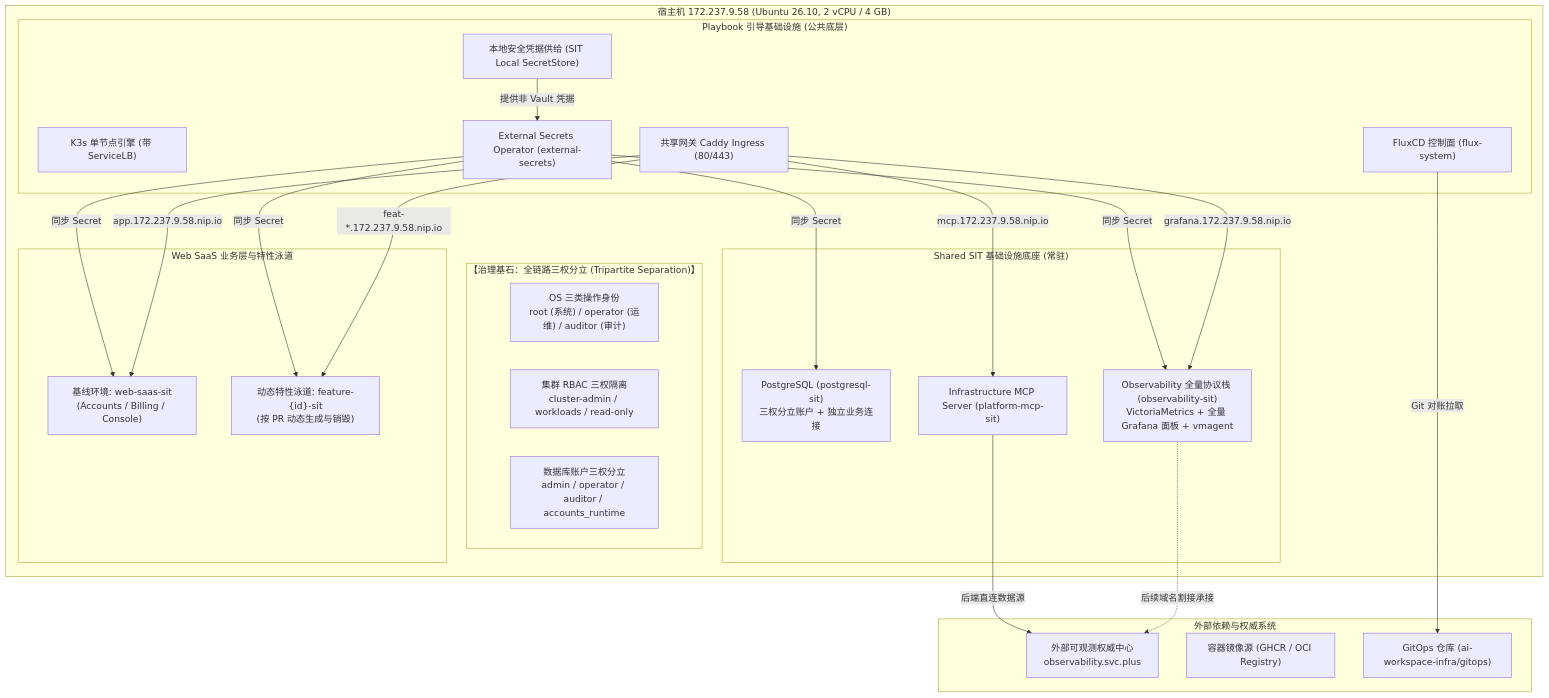
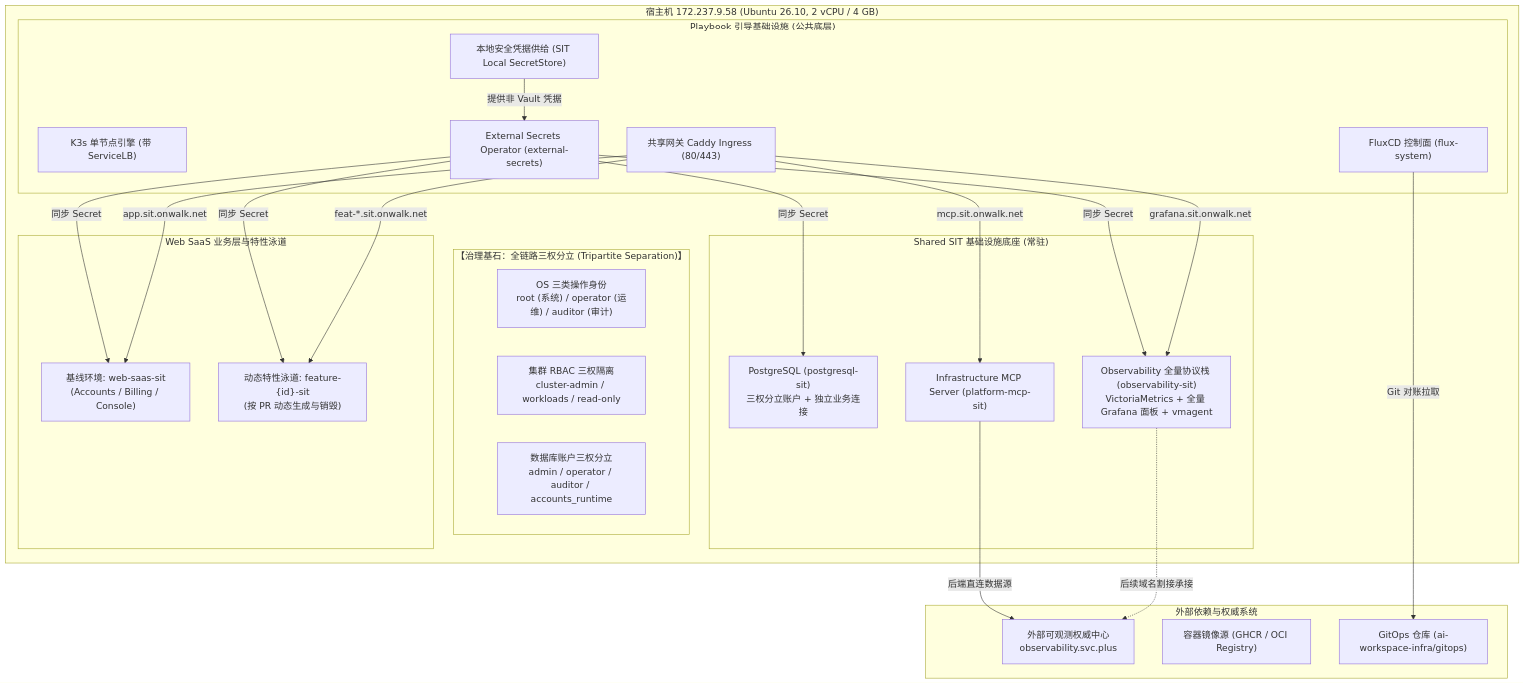
The first of 2 diagrams in docs/reference/platform-delivery/SIT-K3S-V6-模块化交付与特性泳道规划.md (ai-workspace-services/knowledge), drawn with Mermaid before and after one commit. The commit also changed other lines of this file, not shown here.

Commit message:
docs(platform-delivery): update SIT base domain to onwalk.net with nip.io fallback

````diff
--- a/docs/reference/platform-delivery/SIT-K3S-V6-模块化交付与特性泳道规划.md
+++ b/docs/reference/platform-delivery/SIT-K3S-V6-模块化交付与特性泳道规划.md
@@ -101,49 +102,49 @@
 ```mermaid
 flowchart TB
     subgraph Host["宿主机 172.237.9.58 (Ubuntu 26.10, 2 vCPU / 4 GB)"]
         subgraph TripartiteSec["【治理基石：全链路三权分立 (Tripartite Separation)】"]
             OS_ID["OS 三类操作身份<br/>root (系统) / operator (运维) / auditor (审计)"]
             K8S_RBAC["集群 RBAC 三权隔离<br/>cluster-admin / workloads / read-only"]
             DB_ROLES["数据库账户三权分立<br/>admin / operator / auditor / accounts_runtime"]
         end
 
         subgraph InfraBootstrap["Playbook 引导基础设施 (公共底层)"]
             K3S["K3s 单节点引擎 (带 ServiceLB)"]
             FLUX["FluxCD 控制面 (flux-system)"]
             ESO["External Secrets Operator (external-secrets)"]
             INGRESS["共享网关 Caddy Ingress (80/443)"]
             LOCALSEC["本地安全凭据供给 (SIT Local SecretStore)"]
         end
 
         subgraph SharedSIT["Shared SIT 基础设施底座 (常驻)"]
             PG["PostgreSQL (postgresql-sit)<br/>三权分立账户 + 独立业务连接"]
             OBS["Observability 全量协议栈 (observability-sit)<br/>VictoriaMetrics + 全量 Grafana 面板 + vmagent"]
             MCP["Infrastructure MCP Server (platform-mcp-sit)"]
         end
 
         subgraph WebSaaSPlatform["Web SaaS 业务层与特性泳道"]
             BASE["基线环境: web-saas-sit<br/>(Accounts / Billing / Console)"]
             LANE["动态特性泳道: feature-{id}-sit<br/>(按 PR 动态生成与销毁)"]
         end
     end
 
     subgraph ExternalServices["外部依赖与权威系统"]
         EXT_OBS["外部可观测权威中心<br/>observability.svc.plus"]
         EXT_REG["容器镜像源 (GHCR / OCI Registry)"]
         GITOPS_REPO["GitOps 仓库 (ai-workspace-infra/gitops)"]
     end
 
     %% 连接关系
     FLUX -->|Git 对账拉取| GITOPS_REPO
     MCP -->|后端直连数据源| EXT_OBS
     OBS -.->|后续域名割接承接| EXT_OBS
     LOCALSEC -->|提供非 Vault 凭据| ESO
     ESO -->|同步 Secret| PG
     ESO -->|同步 Secret| OBS
     ESO -->|同步 Secret| BASE
     ESO -->|同步 Secret| LANE
-    INGRESS -->|app.172.237.9.58.nip.io| BASE
-    INGRESS -->|feat-*.172.237.9.58.nip.io| LANE
-    INGRESS -->|grafana.172.237.9.58.nip.io| OBS
-    INGRESS -->|mcp.172.237.9.58.nip.io| MCP
+    INGRESS -->|app.sit.onwalk.net| BASE
+    INGRESS -->|feat-*.sit.onwalk.net| LANE
+    INGRESS -->|grafana.sit.onwalk.net| OBS
+    INGRESS -->|mcp.sit.onwalk.net| MCP
 ```
````
